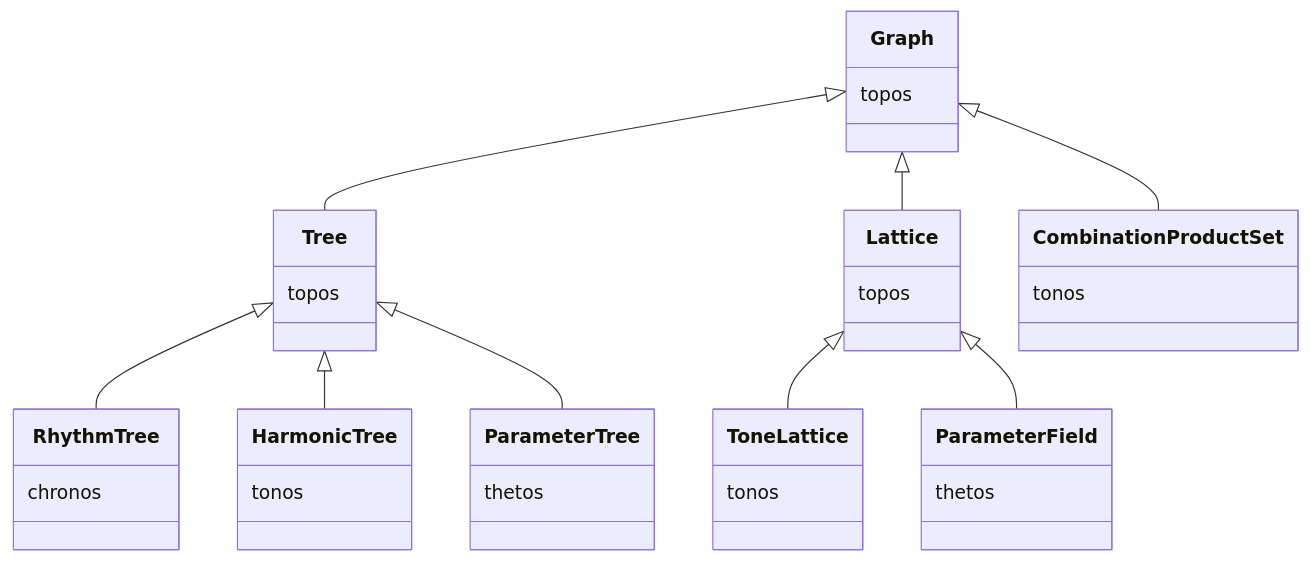
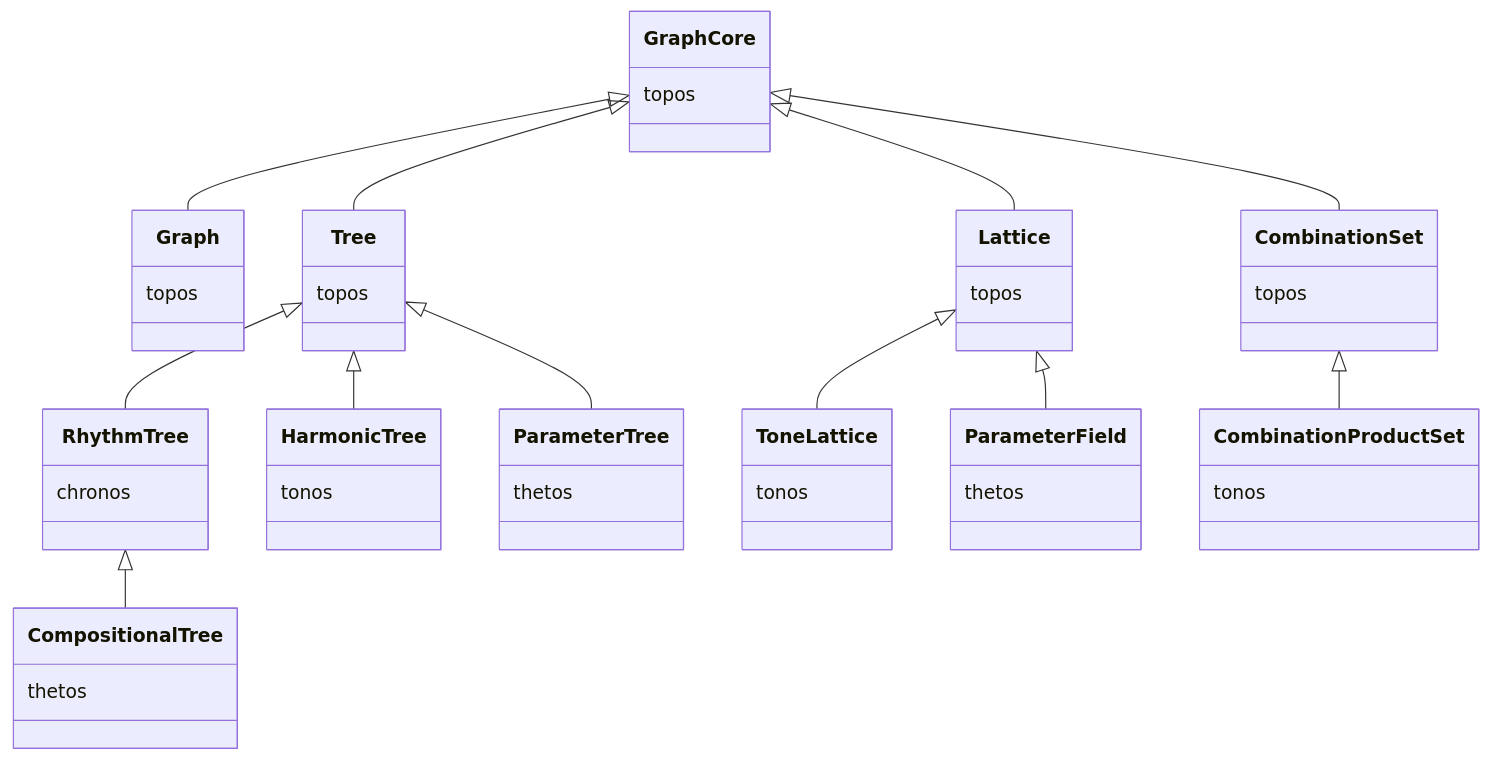
The sixth of 6 diagrams in docs/architecture/01_TOPOS.md (kr4g/Klotho), drawn with Mermaid before and after one commit. The commit also changed other lines of this file and 13 other files, not shown here.

First line of the commit message:
Overhaul architecture docs for Klotho 10.x API

````diff
--- a/docs/architecture/01_TOPOS.md
+++ b/docs/architecture/01_TOPOS.md
@@ -472,21 +557,27 @@
 ```mermaid
 classDiagram
-    Graph <|-- Tree
-    Graph <|-- Lattice
+    GraphCore <|-- Graph
+    GraphCore <|-- Tree
+    GraphCore <|-- Lattice
+    GraphCore <|-- CombinationSet
     Tree <|-- RhythmTree
     Tree <|-- HarmonicTree
     Tree <|-- ParameterTree
+    RhythmTree <|-- CompositionalTree
     Lattice <|-- ToneLattice
     Lattice <|-- ParameterField
-    Graph <|-- CombinationProductSet
+    CombinationSet <|-- CombinationProductSet
 
+    class GraphCore { topos }
     class Graph { topos }
     class Tree { topos }
     class Lattice { topos }
+    class CombinationSet { topos }
     class RhythmTree { chronos }
     class HarmonicTree { tonos }
     class ParameterTree { thetos }
+    class CompositionalTree { thetos }
     class ToneLattice { tonos }
     class ParameterField { thetos }
     class CombinationProductSet { tonos }
 ```
````
